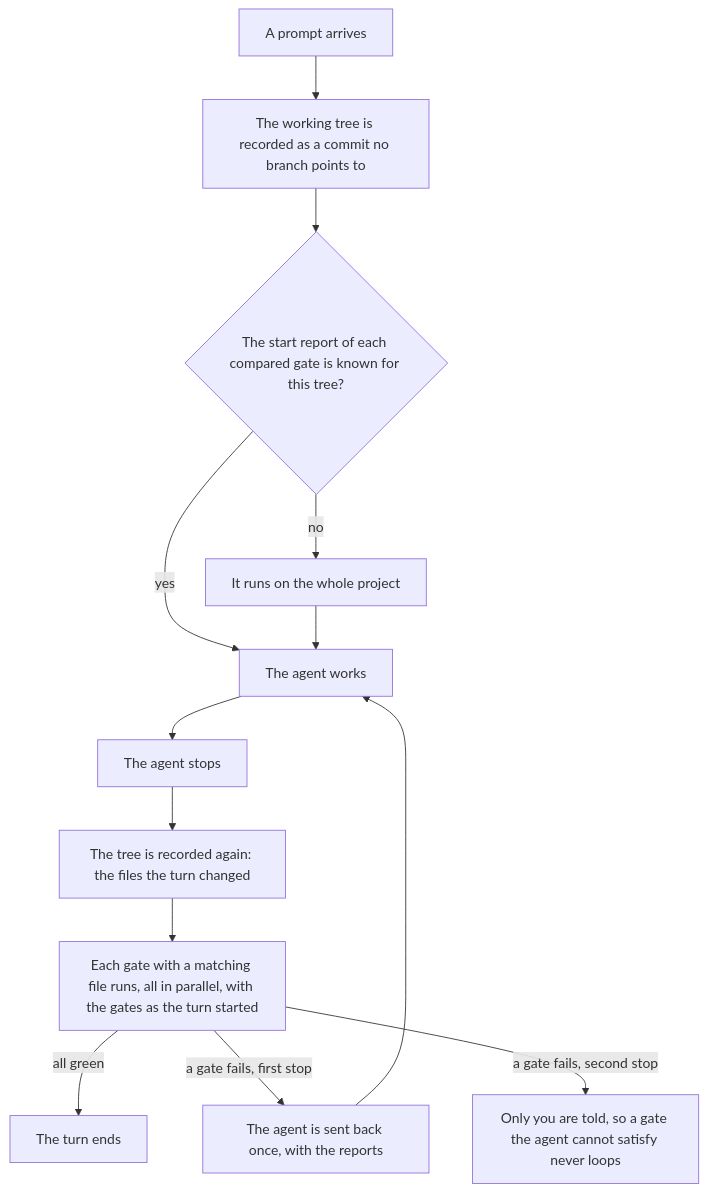
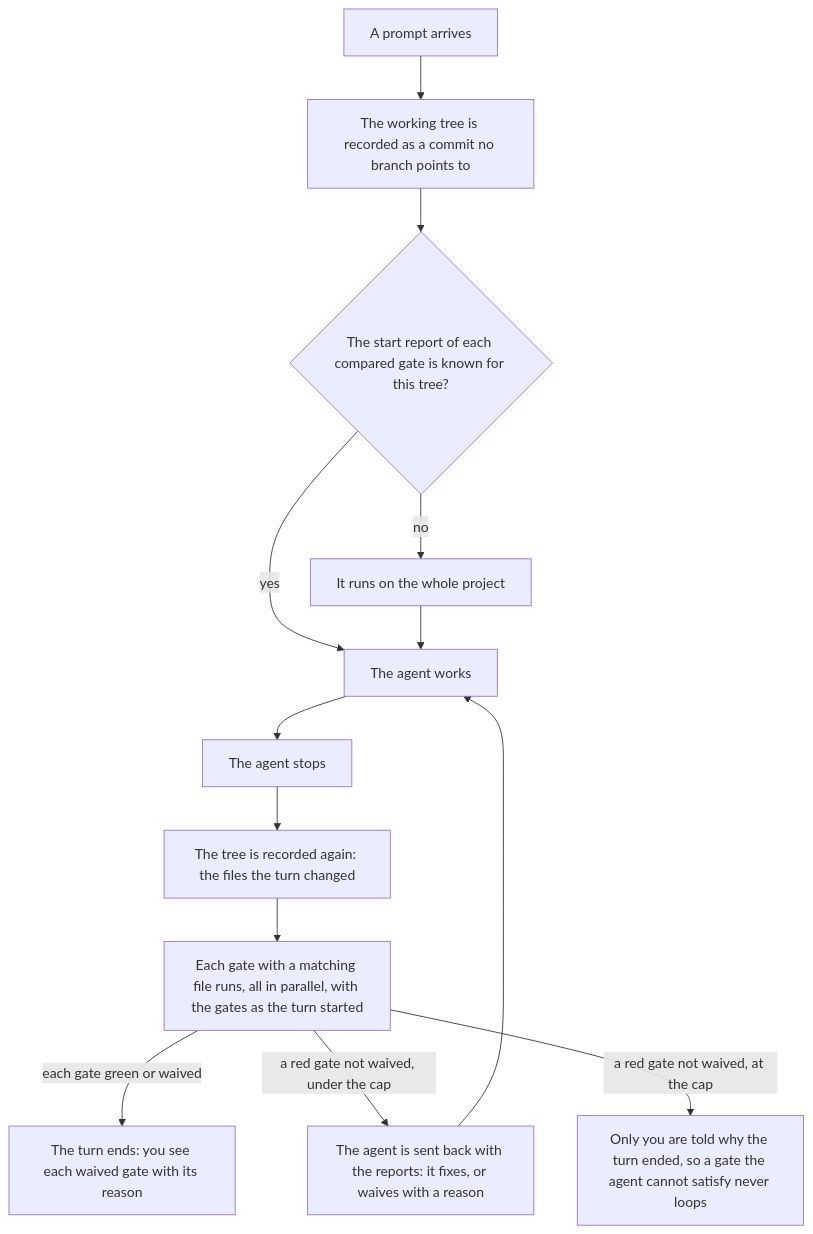
Before and after one commit to mopi1402/tayomi-deterministic-gates: the first of 2 diagrams in docs/turn.md, drawn with Mermaid. The commit also changed other lines of this file and 16 other files, not shown here.

First line of the commit message:
Release 0.3.0: send the agent back until each red gate is fixed or waived

````diff
--- a/docs/turn.md
+++ b/docs/turn.md
@@ -7,15 +7,15 @@
 ```mermaid
 flowchart TD
     prompt[A prompt arrives] --> start[The working tree is recorded as a commit no branch points to]
     start --> known{The start report of each compared gate is known for this tree?}
     known -- no --> baseline[It runs on the whole project]
     known -- yes --> work
     baseline --> work[The agent works]
     work --> stop[The agent stops]
     stop --> changed[The tree is recorded again: the files the turn changed]
     changed --> gates[Each gate with a matching file runs, all in parallel, with the gates as the turn started]
-    gates -- all green --> done[The turn ends]
-    gates -- a gate fails, first stop --> back[The agent is sent back once, with the reports]
+    gates -- each gate green or waived --> done[The turn ends: you see each waived gate with its reason]
+    gates -- a red gate not waived, under the cap --> back[The agent is sent back with the reports: it fixes, or waives with a reason]
     back --> work
-    gates -- a gate fails, second stop --> owner[Only you are told, so a gate the agent cannot satisfy never loops]
+    gates -- a red gate not waived, at the cap --> owner[Only you are told why the turn ended, so a gate the agent cannot satisfy never loops]
 ```
````
